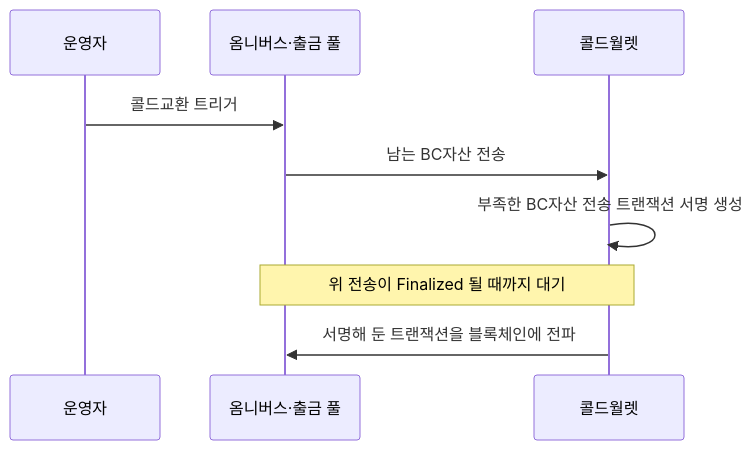
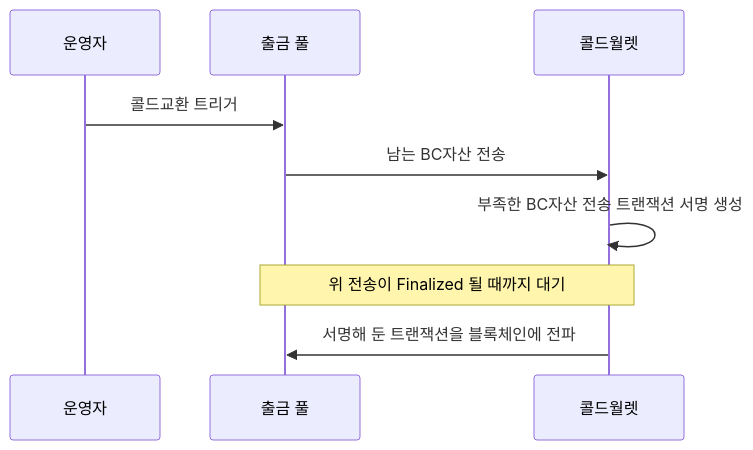
One commit to eunsujeo/eunpus changed the second of 2 diagrams in blockchain-manager/docs/블록체인매니저/브릿지/01-problem.md. Above: the diagram before and after it, drawn with Mermaid. The commit also changed other lines of this file and 4 other files, not shown here.

````diff
--- a/blockchain-manager/docs/블록체인매니저/브릿지/01-problem.md
+++ b/blockchain-manager/docs/블록체인매니저/브릿지/01-problem.md
@@ -54,12 +54,12 @@
 ```mermaid
 sequenceDiagram
   participant O as 운영자
-  participant S as 옴니버스·출금 풀
+  participant S as 출금 풀
   participant C as 콜드월렛
 
   O->>S: 콜드교환 트리거
   S->>C: 남는 BC자산 전송
   C->>C: 부족한 BC자산 전송 트랜잭션 서명 생성
   Note over S,C: 위 전송이 Finalized 될 때까지 대기
   C->>S: 서명해 둔 트랜잭션을 블록체인에 전파
 ```
````
